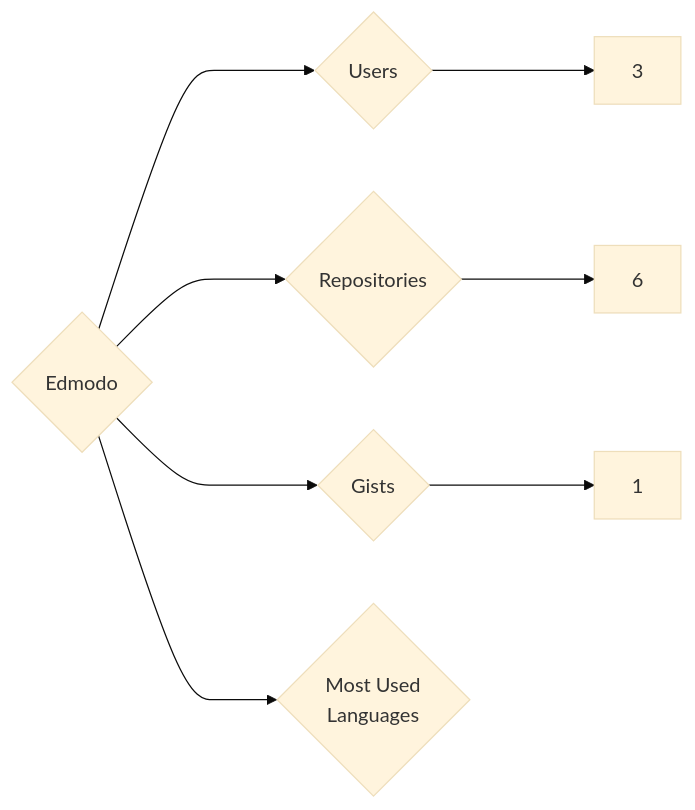
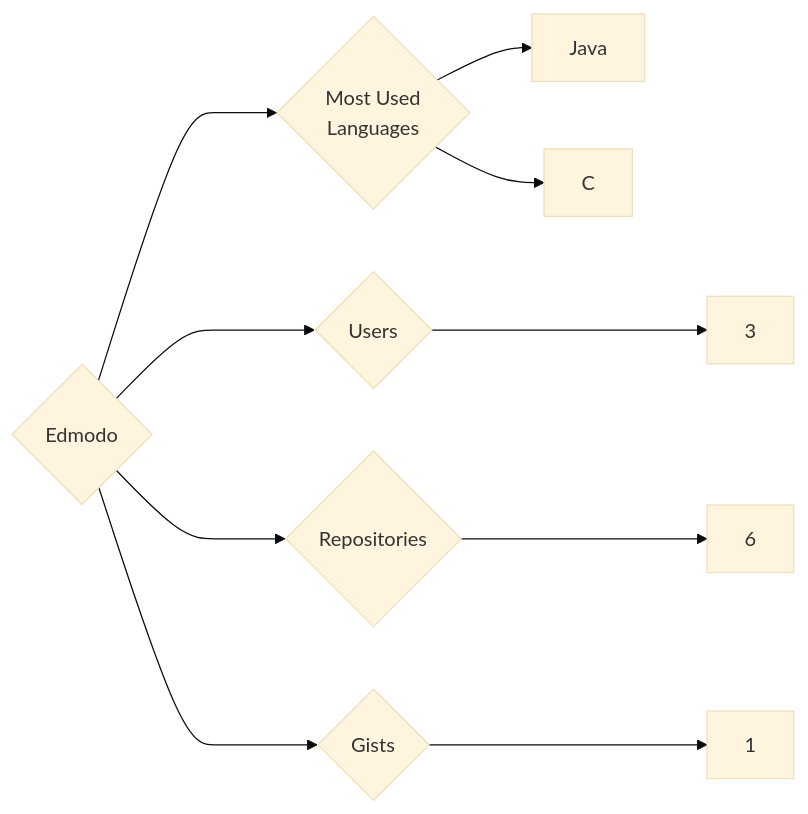
The diagram in targets/Edmodo/README.md (trickest/insiders), drawn with Mermaid (base theme) before and after one commit. The commit also changed 714 other files, not shown here.

````diff
--- a/targets/Edmodo/README.md
+++ b/targets/Edmodo/README.md
@@ -3,8 +3,10 @@
 ```mermaid
 graph LR
 COMPANY_NAME{Edmodo}
 COMPANY_NAME ---> U{Users} ---> UN[3]
 COMPANY_NAME ---> R{Repositories} ---> RN[6]
 COMPANY_NAME ---> G{Gists} ---> GN[1]
 COMPANY_NAME ---> ML{Most Used<br>Languages}
+ML --> Java[Java]
+ML --> C[C]
 ```
````
